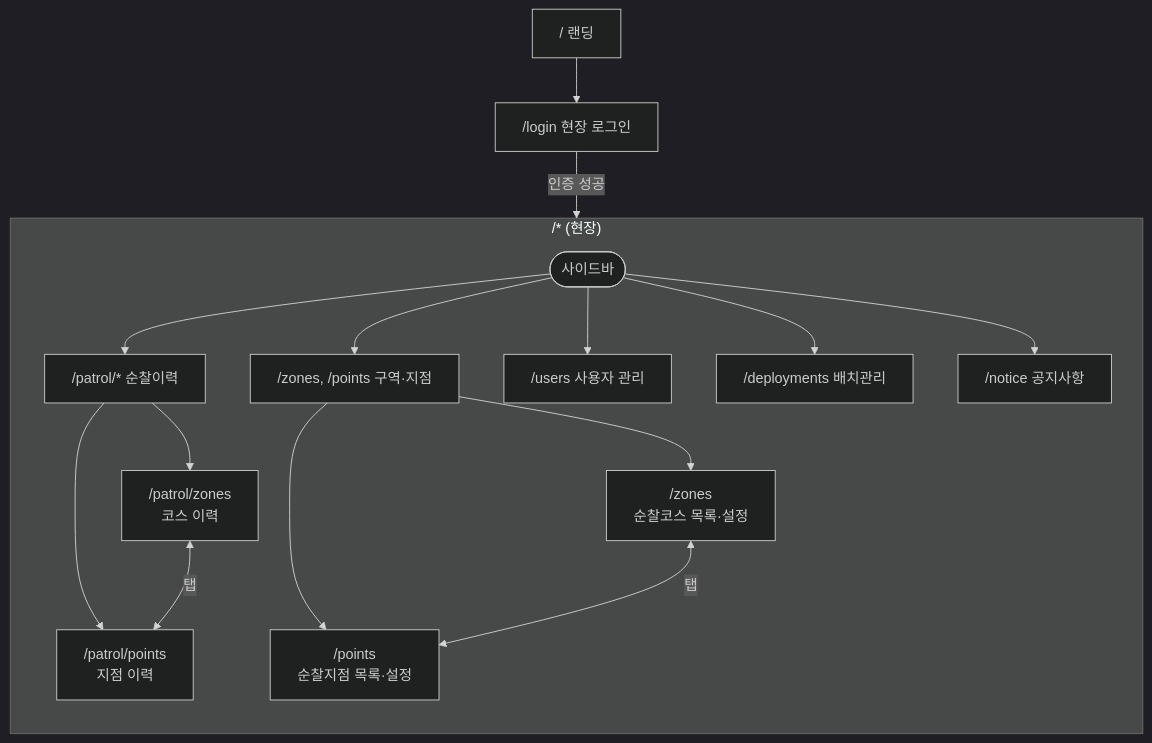
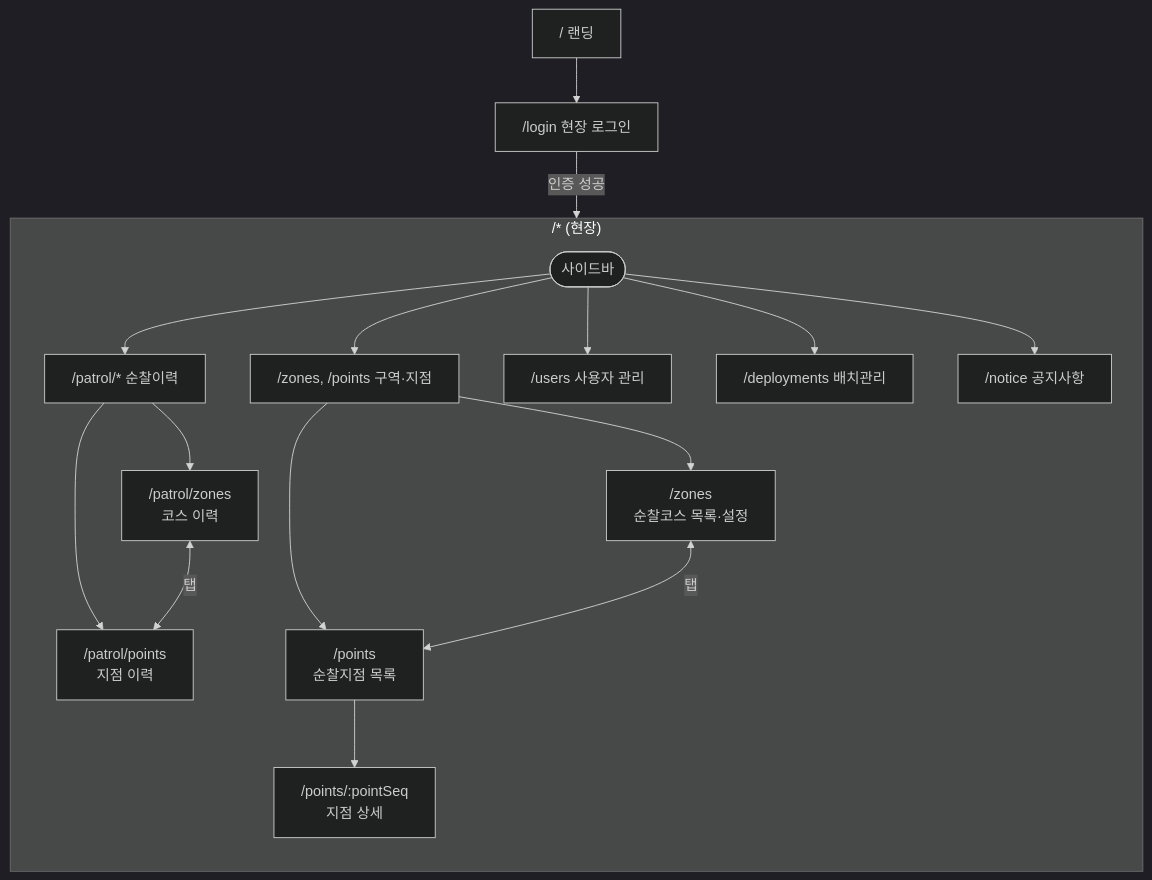
The second of 15 diagrams in docs/flow.md (S-Tec-System-R-D/s-patrol_fe), drawn with Mermaid before and after one commit. The commit also changed other lines of this file and 6 other files, not shown here.

````diff
--- a/docs/flow.md
+++ b/docs/flow.md
@@ -83,27 +83,28 @@
 ```mermaid
 %%{init: {'theme':'dark'}}%%
 flowchart TB
     Landing["/ 랜딩"]
     Login["/login 현장 로그인"]
     Landing --> Login
 
     subgraph Service["/* (현장)"]
         direction TB
         SBar([사이드바])
         SBar --> Patrol["/patrol/* 순찰이력"]
         SBar --> ZP["/zones, /points 구역·지점"]
         SBar --> Users["/users 사용자 관리"]
         SBar --> Deploy["/deployments 배치관리"]
         SBar --> Notice["/notice 공지사항"]
 
         Patrol --> PZ["/patrol/zones<br/>코스 이력"]
         Patrol --> PP["/patrol/points<br/>지점 이력"]
         PZ <-->|탭| PP
 
         ZP --> Z["/zones<br/>순찰코스 목록·설정"]
-        ZP --> P["/points<br/>순찰지점 목록·설정"]
+        ZP --> P["/points<br/>순찰지점 목록"]
+        P --> PD["/points/:pointSeq<br/>지점 상세"]
         Z <-->|탭| P
     end
 
     Login -- 인증 성공 --> SBar
 ```
````
